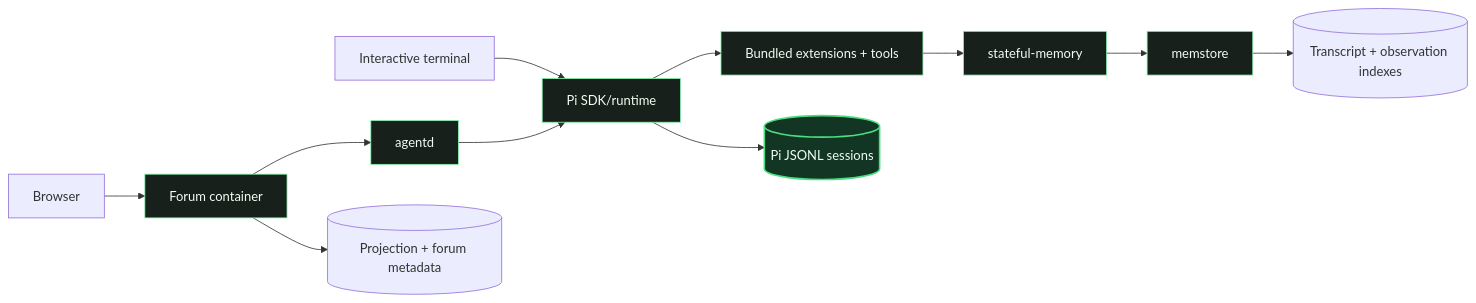
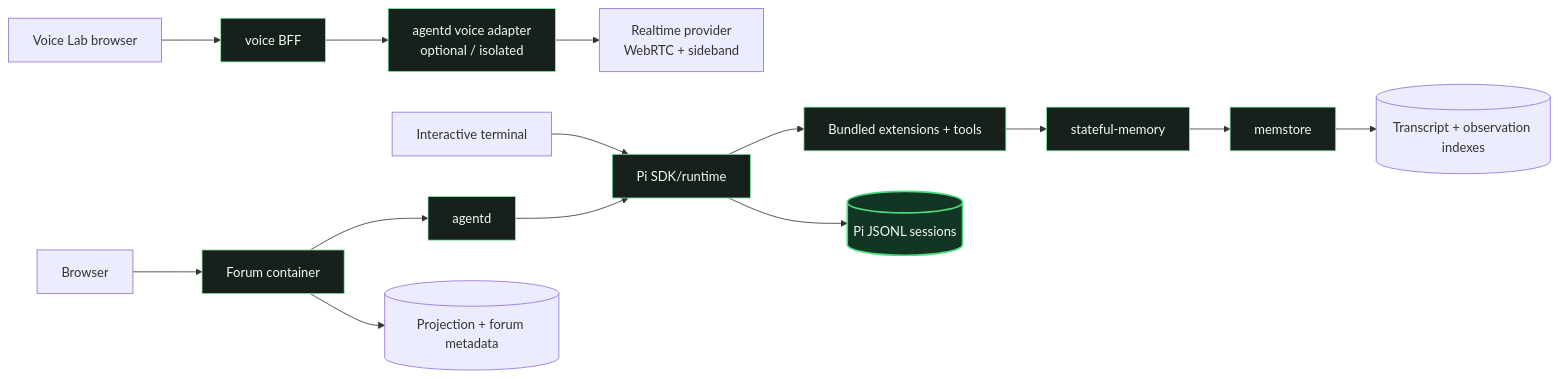
The second of 2 diagrams in docs/architecture.md (irrigationreal/monika), drawn with Mermaid before and after one commit. The commit also changed other lines of this file and 26 other files, not shown here.

Commit message:
Add isolated Realtime Voice Lab proof of concept

````diff
--- a/docs/architecture.md
+++ b/docs/architecture.md
@@ -78,20 +78,23 @@
 ```mermaid
 flowchart LR
     Browser["Browser"] --> Forum["Forum container"]
+    VoiceBrowser["Voice Lab browser"] --> Voice["voice BFF"]
+    Voice --> VoiceAdapter["agentd voice adapter\noptional / isolated"]
+    VoiceAdapter --> Realtime["Realtime provider\nWebRTC + sideband"]
     Terminal["Interactive terminal"] --> Pi["Pi SDK/runtime"]
     Forum --> Agentd["agentd"]
     Agentd --> Pi
 
     Pi --> Extensions["Bundled extensions + tools"]
     Extensions --> Stateful["stateful-memory"]
     Stateful --> Memstore["memstore"]
 
     Pi --> Sessions[("Pi JSONL sessions")]
     Memstore --> MemoryDB[("Transcript + observation indexes")]
     Forum --> ForumDB[("Projection + forum metadata")]
 
     classDef canonical fill:#123524,stroke:#4ade80,color:#f0fdf4,stroke-width:2px;
     classDef service fill:#17201a,stroke:#86efac,color:#f0fdf4;
     class Sessions canonical;
-    class Forum,Agentd,Pi,Extensions,Stateful,Memstore service;
+    class Forum,Voice,VoiceAdapter,Agentd,Pi,Extensions,Stateful,Memstore service;
 ```
````
